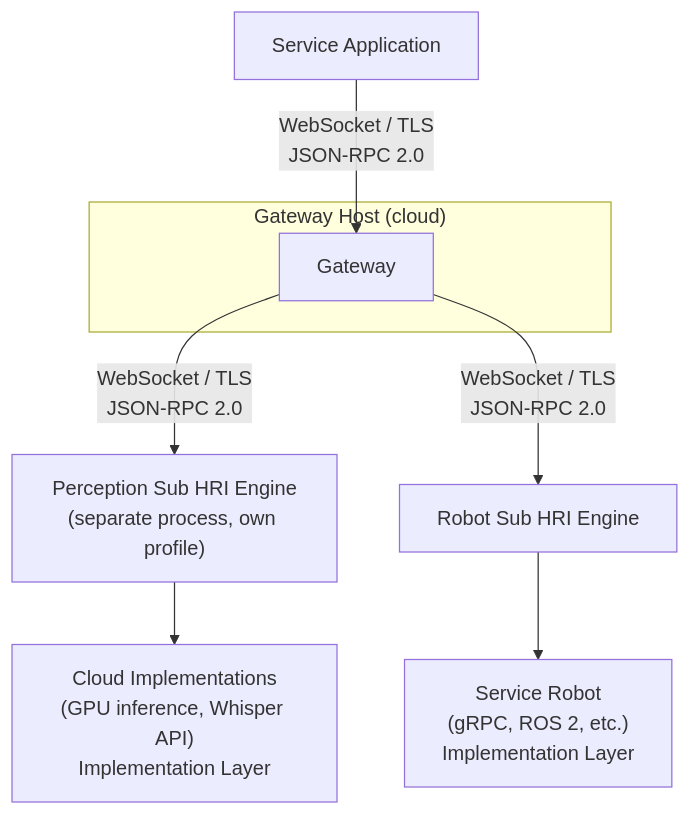
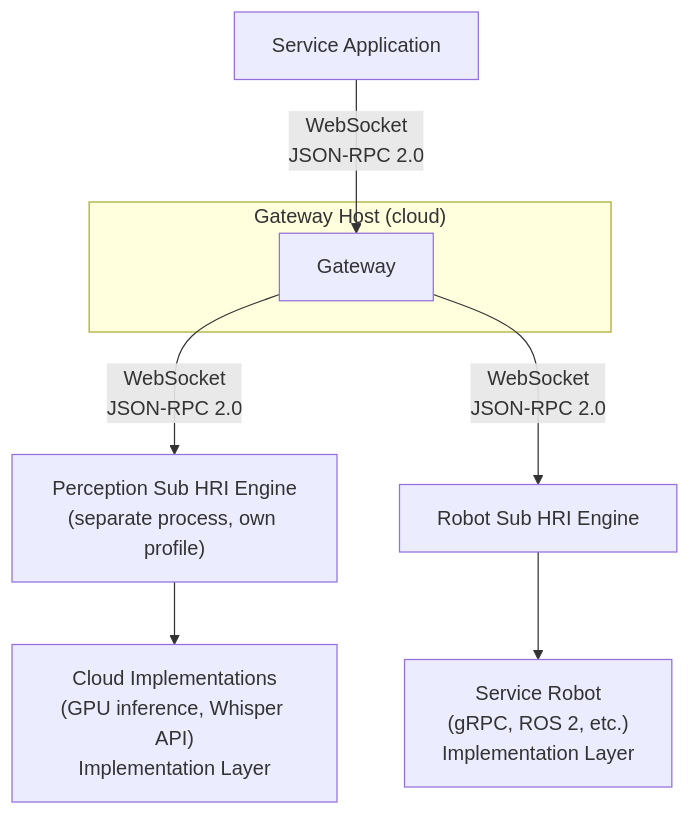
One commit to openrois/openrois changed the fifth of 5 diagrams in docs/architecture.md. Above: the diagram before and after it, drawn with Mermaid. The commit also changed other lines of this file and 22 other files, not shown here.

First line of the commit message:
docs: align vocabulary, citation and diagrams with the camera-ready paper

````diff
--- a/docs/architecture.md
+++ b/docs/architecture.md
@@ -876,15 +876,15 @@
 ```mermaid
 flowchart TB
     App["Service Application"]
-    App -->|"WebSocket / TLS<br/>JSON-RPC 2.0"| GW
+    App -->|"WebSocket<br/>JSON-RPC 2.0"| GW
 
     subgraph Cloud["Gateway Host (cloud)"]
         GW["Gateway"]
     end
 
-    GW -->|"WebSocket / TLS<br/>JSON-RPC 2.0"| PerceptionSubEngine["Perception Sub HRI Engine<br/>(separate process, own profile)"]
+    GW -->|"WebSocket<br/>JSON-RPC 2.0"| PerceptionSubEngine["Perception Sub HRI Engine<br/>(separate process, own profile)"]
     PerceptionSubEngine --> CloudImpl["Cloud Implementations<br/>(GPU inference, Whisper API)<br/>Implementation Layer"]
 
-    GW -->|"WebSocket / TLS<br/>JSON-RPC 2.0"| RobotSubEngine["Robot Sub HRI Engine"]
+    GW -->|"WebSocket<br/>JSON-RPC 2.0"| RobotSubEngine["Robot Sub HRI Engine"]
     RobotSubEngine --> Robot["Service Robot<br/>(gRPC, ROS 2, etc.)<br/>Implementation Layer"]
 ```
````
